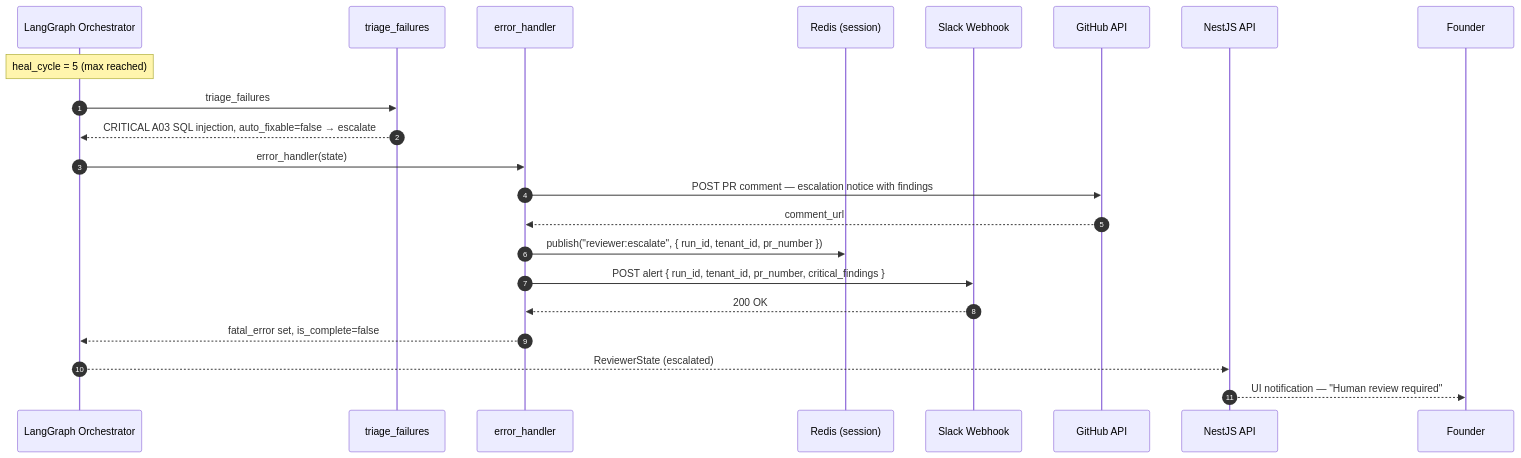
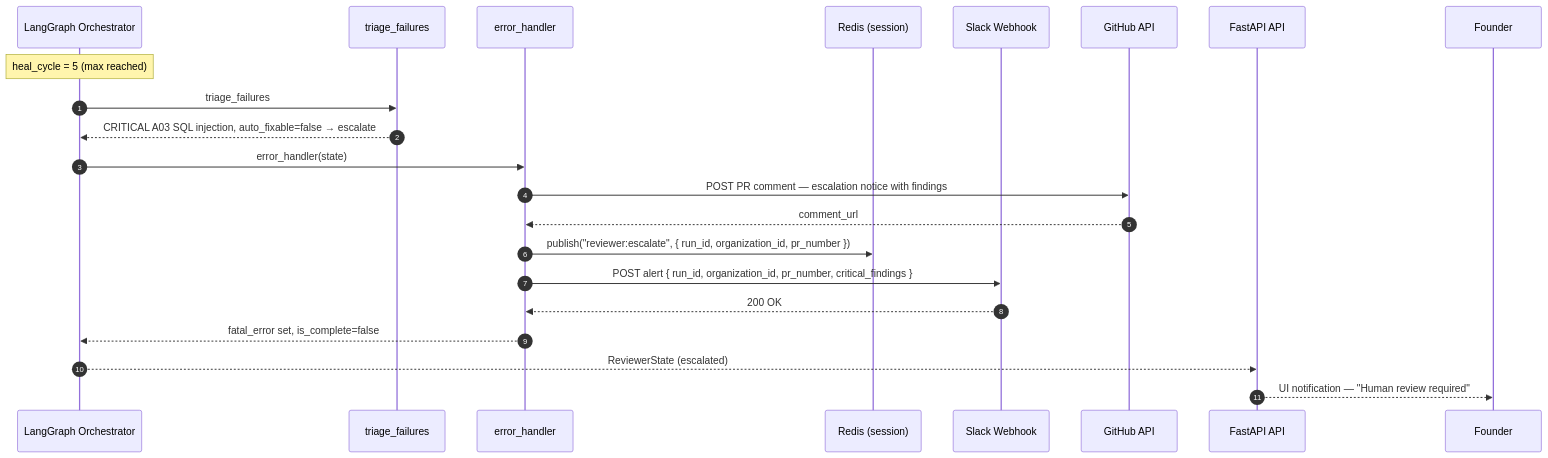
One commit to kaushraj1/AutoFounder changed the fourth of 4 diagrams in docs/architecture/Agents-Architecture/reviewer-agent.md. Above: the diagram before and after it, drawn with Mermaid. The commit also changed other lines of this file and 9 other files, not shown here.

First line of the commit message:
refactor(docs): migrate docs/architecture to the canonical stack

````diff
--- a/docs/architecture/Agents-Architecture/reviewer-agent.md
+++ b/docs/architecture/Agents-Architecture/reviewer-agent.md
@@ -1255,28 +1255,28 @@
 ```mermaid
 sequenceDiagram
     autonumber
     participant Graph  as LangGraph Orchestrator
     participant Tri    as triage_failures
     participant EH     as error_handler
     participant Redis  as Redis (session)
     participant Slack  as Slack Webhook
     participant GH     as GitHub API
-    participant API    as NestJS API
+    participant API    as FastAPI API
 
     Note over Graph: heal_cycle = 5 (max reached)
 
     Graph ->> Tri: triage_failures
     Tri -->> Graph: CRITICAL A03 SQL injection, auto_fixable=false → escalate
 
     Graph ->> EH: error_handler(state)
     EH ->> GH: POST PR comment — escalation notice with findings
     GH -->> EH: comment_url
 
-    EH ->> Redis: publish("reviewer:escalate", { run_id, tenant_id, pr_number })
-    EH ->> Slack: POST alert { run_id, tenant_id, pr_number, critical_findings }
+    EH ->> Redis: publish("reviewer:escalate", { run_id, organization_id, pr_number })
+    EH ->> Slack: POST alert { run_id, organization_id, pr_number, critical_findings }
     Slack -->> EH: 200 OK
 
     EH -->> Graph: fatal_error set, is_complete=false
     Graph -->> API: ReviewerState (escalated)
     API -->> Founder: UI notification — "Human review required"
 ```
````
